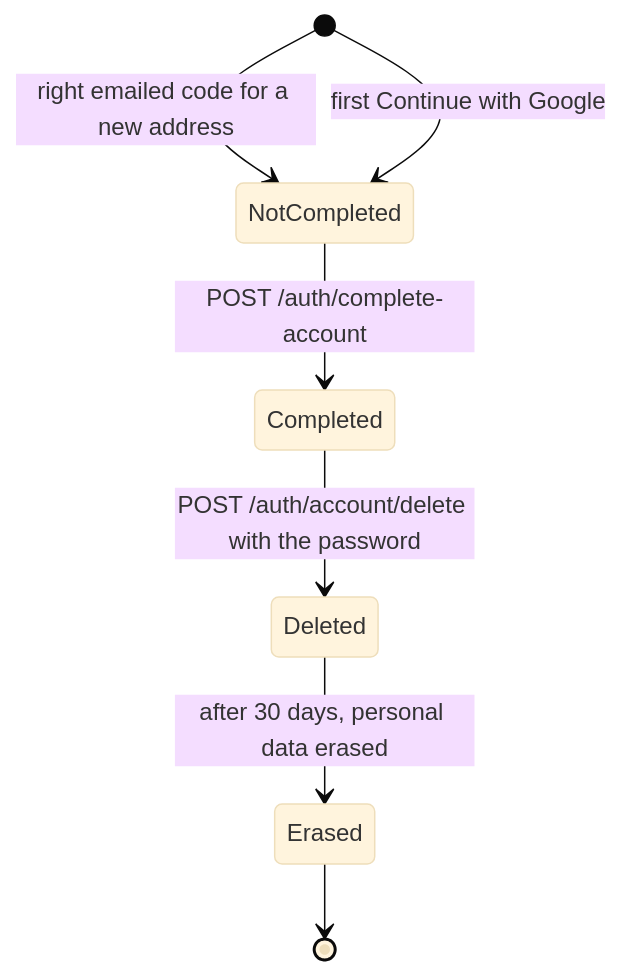
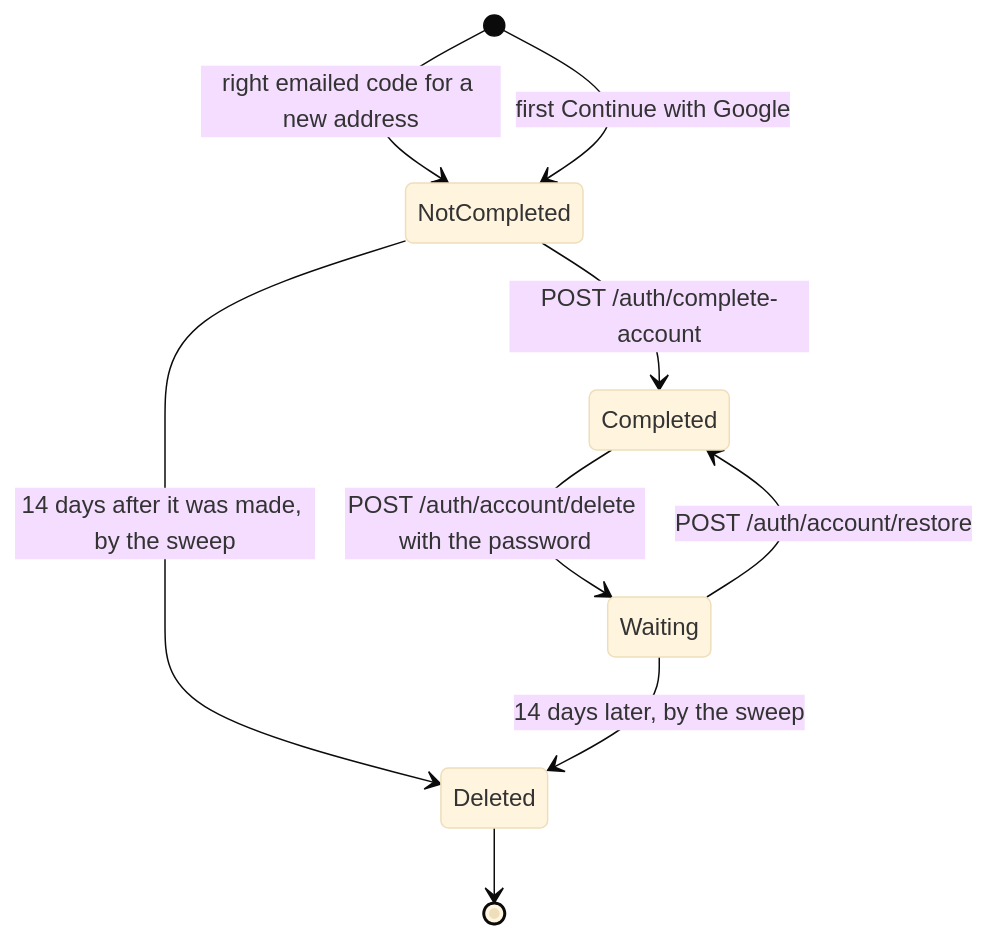
One commit to StoriuSs/NezFocus-Backend changed the diagram in docs/auth/accounts.md. Above: the diagram before and after it, drawn with Mermaid (base theme). The commit also changed other lines of this file and 29 other files, not shown here.

Commit message:
docs: describe the 14-day account deletion wait and restore

````diff
--- a/docs/auth/accounts.md
+++ b/docs/auth/accounts.md
@@ -22,9 +22,11 @@
 ```mermaid
 stateDiagram-v2
     [*] --> NotCompleted: right emailed code for a new address
     [*] --> NotCompleted: first Continue with Google
     NotCompleted --> Completed: POST /auth/complete-account
-    Completed --> Deleted: POST /auth/account/delete with the password
-    Deleted --> Erased: after 30 days, personal data erased
-    Erased --> [*]
+    NotCompleted --> Deleted: 14 days after it was made, by the sweep
+    Completed --> Waiting: POST /auth/account/delete with the password
+    Waiting --> Completed: POST /auth/account/restore
+    Waiting --> Deleted: 14 days later, by the sweep
+    Deleted --> [*]
 ```
````
